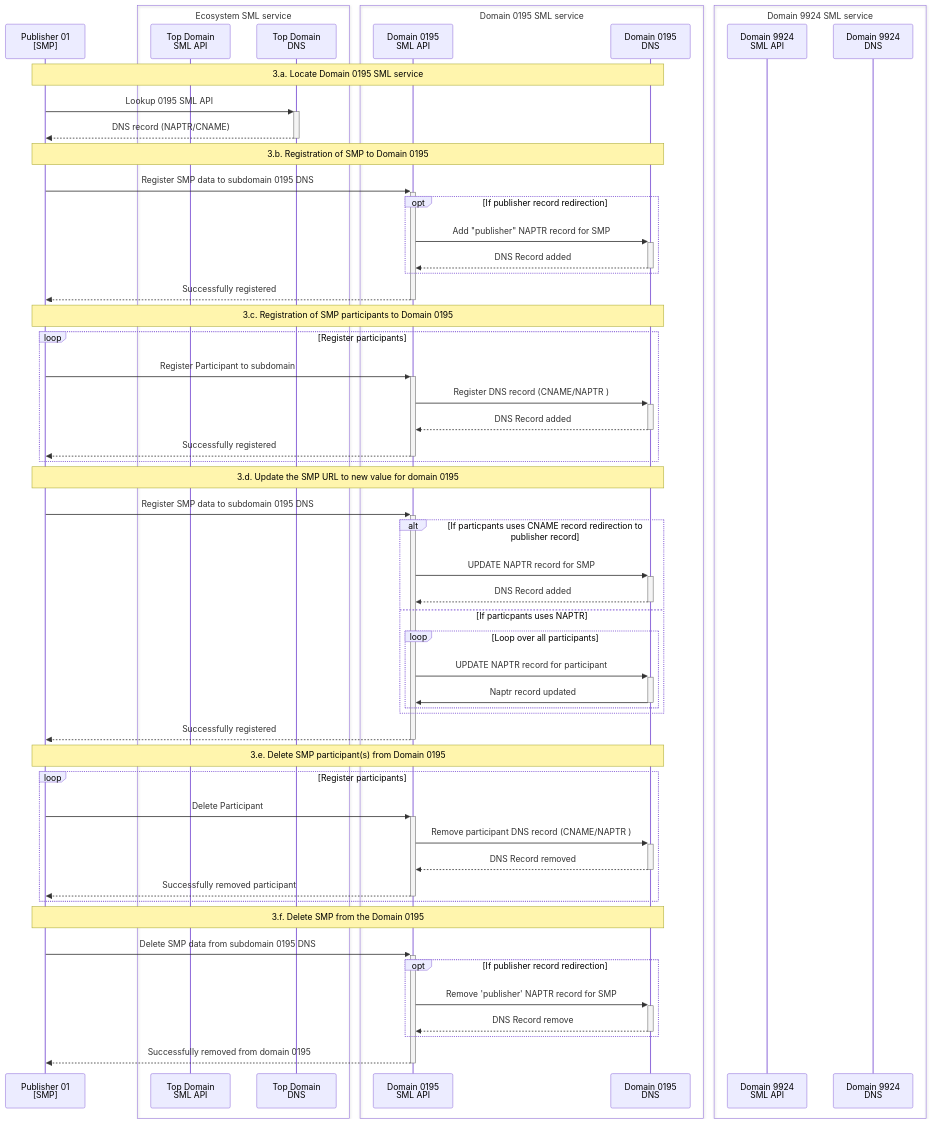
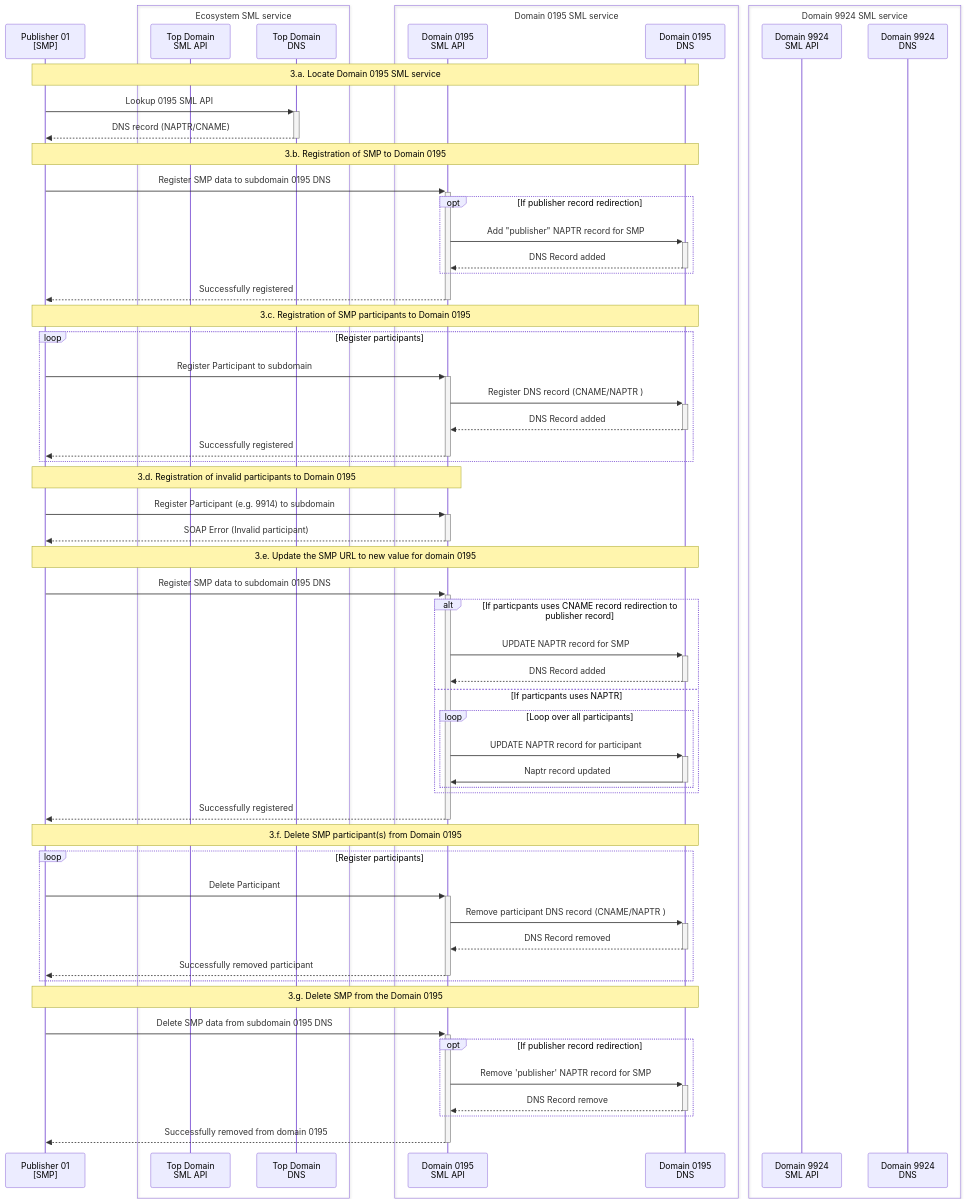
Before and after one commit to ec-edelivery/dynamic-discovery-federated-infrastructure: the second of 3 diagrams in uc04-registration/README.md, drawn with Mermaid. The commit also changed other lines of this file and 24 other files, not shown here.

````diff
--- a/uc04-registration/README.md
+++ b/uc04-registration/README.md
@@ -186,71 +191,74 @@
 ```mermaid
 sequenceDiagram
 
     participant SMP01 as Publisher 01<br />[SMP]
 #participant DDC as Dynamic<br />discovery<br />client
 # participant rDNS as ResoverDNS
     box Ecosystem SML service
         participant EcosystemSmlApi as Top Domain <br />SML API
         participant EcosystemDNS as Top Domain<br />DNS
     end
     box Domain 0195 SML service
         participant Domain0195SmlApi as Domain 0195<br />SML API
         participant Domain0195DNS as Domain 0195<br />DNS
     end
     box Domain 9924 SML service
         participant Domain9924SmlApi as Domain 9924<br />SML API
         participant Domain9924DNS as Domain 9924<br />DNS
     end
 
     Note over SMP01,Domain0195DNS: 3.a. Locate Domain 0195 SML service
     SMP01 ->>+ EcosystemDNS: Lookup 0195 SML API
     EcosystemDNS -->>- SMP01: DNS record (NAPTR/CNAME)
 
     Note over SMP01,Domain0195DNS: 3.b. Registration of SMP to Domain 0195
     SMP01 ->>+ Domain0195SmlApi: Register SMP data to subdomain 0195 DNS
     opt If publisher record redirection
        Domain0195SmlApi  ->>+ Domain0195DNS: Add "publisher" NAPTR record for SMP
        Domain0195DNS  -->>- Domain0195SmlApi: DNS Record added
     end
    Domain0195SmlApi -->>- SMP01: Successfully registered
 
     Note over SMP01,Domain0195DNS: 3.c. Registration of SMP participants to Domain 0195
     Loop Register participants
         SMP01 ->>+ Domain0195SmlApi: Register Participant to subdomain
         Domain0195SmlApi  ->>+ Domain0195DNS: Register DNS record (CNAME/NAPTR )
         Domain0195DNS  -->>- Domain0195SmlApi: DNS Record added
         Domain0195SmlApi -->>- SMP01: Successfully registered
     end
 
-    Note over SMP01,Domain0195DNS: 3.d.  Update the SMP URL to new value for domain 0195
-    
+    Note over SMP01,Domain0195SmlApi: 3.d. Registration of invalid participants to Domain 0195
+    SMP01 ->>+ Domain0195SmlApi: Register Participant (e.g. 9914) to subdomain
+    Domain0195SmlApi -->>- SMP01: SOAP Error (Invalid participant)
+
+    Note over SMP01,Domain0195DNS: 3.e. Update the SMP URL to new value for domain 0195
     SMP01 ->>+ Domain0195SmlApi: Register SMP data to subdomain 0195 DNS
     alt If particpants uses CNAME record redirection to publisher record
         Domain0195SmlApi  ->>+ Domain0195DNS: UPDATE NAPTR record for SMP
         Domain0195DNS  -->>- Domain0195SmlApi: DNS Record added
     else If particpants uses NAPTR
          Loop Loop over all participants
             Domain0195SmlApi  ->>+ Domain0195DNS: UPDATE NAPTR record for participant
             Domain0195DNS  ->>- Domain0195SmlApi:  Naptr record updated
          end 
     end
     Domain0195SmlApi -->>- SMP01: Successfully registered
 
 
-    Note over SMP01,Domain0195DNS: 3.e. Delete SMP participant(s) from Domain 0195
+    Note over SMP01,Domain0195DNS: 3.f. Delete SMP participant(s) from Domain 0195
     Loop Register participants
         SMP01 ->>+ Domain0195SmlApi: Delete Participant
         Domain0195SmlApi  ->>+ Domain0195DNS: Remove participant DNS record (CNAME/NAPTR )
         Domain0195DNS  -->>- Domain0195SmlApi: DNS Record removed
         Domain0195SmlApi -->>- SMP01: Successfully removed participant
     end
 
-    Note over SMP01,Domain0195DNS: 3.f. Delete SMP from the Domain 0195
+    Note over SMP01,Domain0195DNS: 3.g. Delete SMP from the Domain 0195
     SMP01 ->>+ Domain0195SmlApi: Delete SMP data from subdomain 0195 DNS
     opt If publisher record redirection
         Domain0195SmlApi  ->>+ Domain0195DNS: Remove 'publisher' NAPTR record for SMP
         Domain0195DNS  -->>- Domain0195SmlApi: DNS Record remove
     end
 Domain0195SmlApi -->>- SMP01: Successfully removed from domain 0195
 
 ```
````
